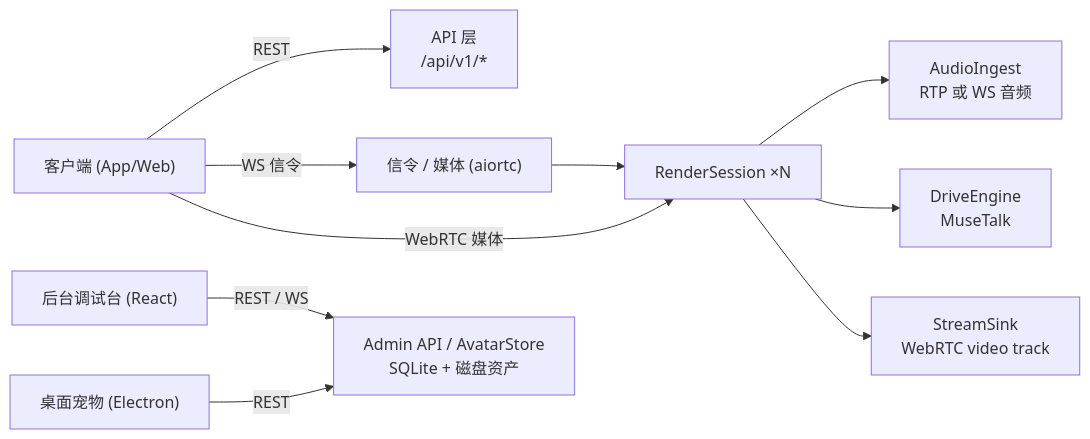
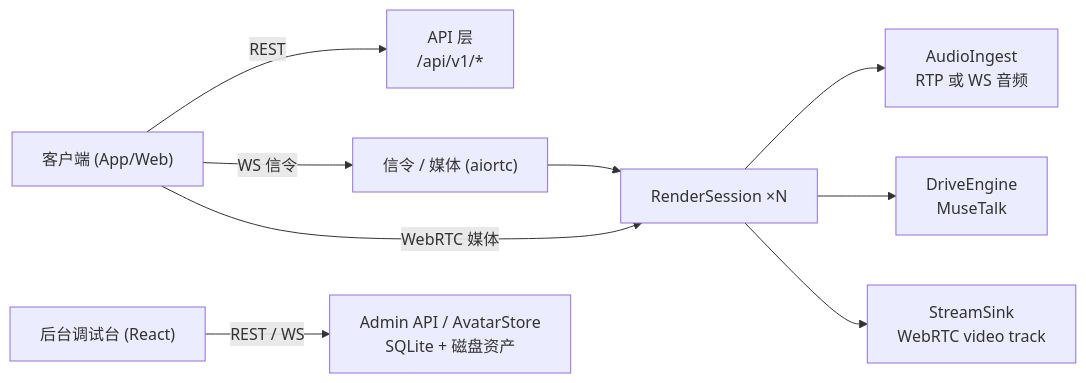
The diagram in README.md (Dovahkiin8625/digital-human), drawn with Mermaid before and after one commit. The commit also changed other lines of this file and 116 other files, not shown here.

````diff
--- a/README.md
+++ b/README.md
@@ -46,12 +43,11 @@
 ```mermaid
 flowchart LR
     C["客户端 (App/Web)"] -- REST --> API["API 层<br/>/api/v1/*"]
     C -- "WS 信令" --> SIG["信令 / 媒体 (aiortc)"]
     SIG --> RS["RenderSession ×N"]
     C -- "WebRTC 媒体" --> RS
     RS --> ING["AudioIngest<br/>RTP 或 WS 音频"]
     RS --> ENG["DriveEngine<br/>MuseTalk"]
     RS --> SINK["StreamSink<br/>WebRTC video track"]
     ADM["后台调试台 (React)"] -- "REST / WS" --> ADMIN["Admin API / AvatarStore<br/>SQLite + 磁盘资产"]
-    PET["桌面宠物 (Electron)"] -- "REST" --> ADMIN
 ```
````
